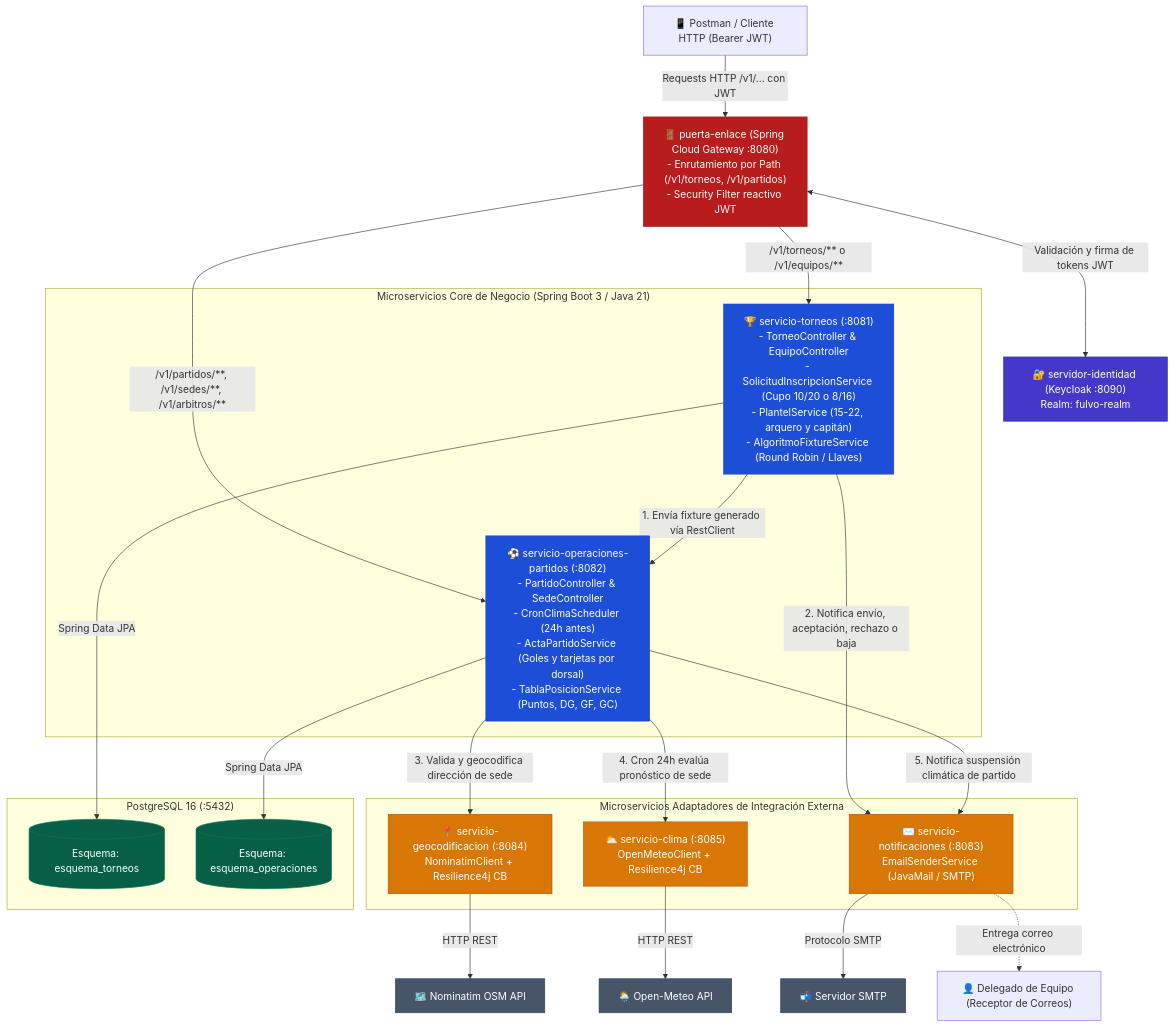
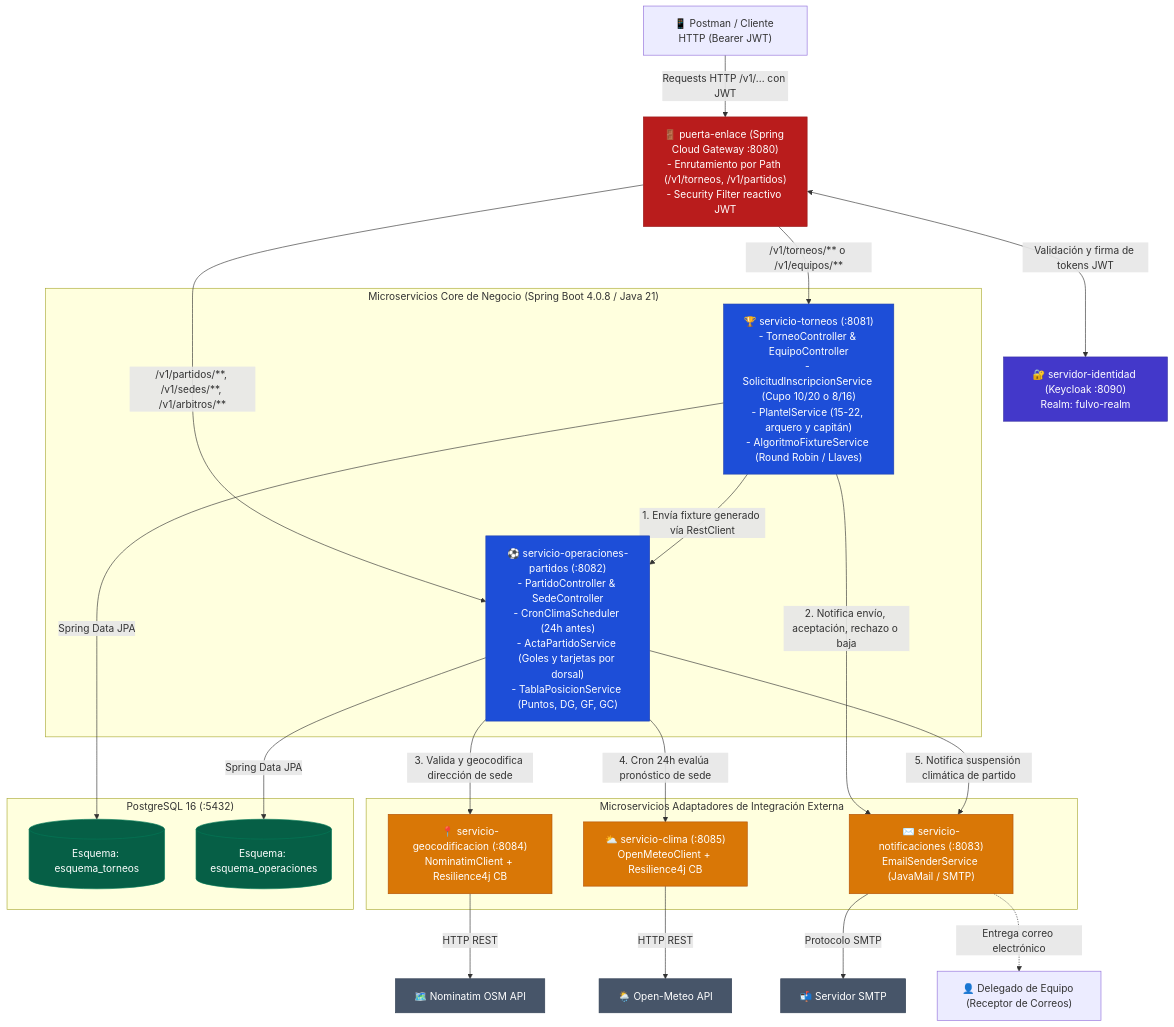
One commit to augustofacu16-rgb/tpi-fulvo changed the second of 3 diagrams in docs/agentes/DISENO_SISTEMA_FULVO.md. Above: the diagram before and after it, drawn with Mermaid. The commit also changed 6 other files, not shown here.

Commit message:
chore: actualizar Spring Boot a 4.0.8, Lombok a 1.18.38 y sincronizar docs/agentes

````diff
--- a/docs/agentes/DISENO_SISTEMA_FULVO.md
+++ b/docs/agentes/DISENO_SISTEMA_FULVO.md
@@ -232,58 +232,58 @@
 ```mermaid
 flowchart TB
     classDef gw fill:#b91c1c,stroke:#991b1b,color:#fff
     classDef core fill:#1d4ed8,stroke:#1e40af,color:#fff
     classDef adapter fill:#d97706,stroke:#b45309,color:#fff
     classDef db fill:#065f46,stroke:#047857,color:#fff
     classDef sec fill:#4338ca,stroke:#3730a3,color:#fff
     classDef ext fill:#475569,stroke:#334155,color:#fff
 
     Cliente["📱 Postman / Cliente HTTP (Bearer JWT)"]
 
     Gateway["🚪 puerta-enlace (Spring Cloud Gateway :8080)<br/>- Enrutamiento por Path (/v1/torneos, /v1/partidos)<br/>- Security Filter reactivo JWT"]:::gw
 
     Keycloak["🔐 servidor-identidad (Keycloak :8090)<br/>Realm: fulvo-realm"]:::sec
 
-    subgraph CoreBusiness [" Microservicios Core de Negocio (Spring Boot 3 / Java 21) "]
+    subgraph CoreBusiness [" Microservicios Core de Negocio (Spring Boot 4.0.8 / Java 21) "]
         MS_Torneos["🏆 servicio-torneos (:8081)<br/>- TorneoController & EquipoController<br/>- SolicitudInscripcionService (Cupo 10/20 o 8/16)<br/>- PlantelService (15-22, arquero y capitán)<br/>- AlgoritmoFixtureService (Round Robin / Llaves)"]:::core
         
         MS_Operaciones["⚽ servicio-operaciones-partidos (:8082)<br/>- PartidoController & SedeController<br/>- CronClimaScheduler (24h antes)<br/>- ActaPartidoService (Goles y tarjetas por dorsal)<br/>- TablaPosicionService (Puntos, DG, GF, GC)"]:::core
     end
 
     subgraph Adaptadores [" Microservicios Adaptadores de Integración Externa "]
         MS_Geo["📍 servicio-geocodificacion (:8084)<br/>NominatimClient + Resilience4j CB"]:::adapter
         MS_Clima["⛅ servicio-clima (:8085)<br/>OpenMeteoClient + Resilience4j CB"]:::adapter
         MS_Mail["✉️ servicio-notificaciones (:8083)<br/>EmailSenderService (JavaMail / SMTP)"]:::adapter
     end
 
     subgraph Persistencia [" PostgreSQL 16 (:5432) "]
         DB_Torneos[(Esquema: esquema_torneos)]:::db
         DB_Operaciones[(Esquema: esquema_operaciones)]:::db
     end
 
     ExtOSM["🗺️ Nominatim OSM API"]:::ext
     ExtMeteo["🌦️ Open-Meteo API"]:::ext
     ExtSMTP["📬 Servidor SMTP"]:::ext
     DelegadoUser["👤 Delegado de Equipo (Receptor de Correos)"]
 
     Cliente -->|Requests HTTP /v1/... con JWT| Gateway
     Gateway <-->|Validación y firma de tokens JWT| Keycloak
 
     Gateway -->|/v1/torneos/** o /v1/equipos/**| MS_Torneos
     Gateway -->|/v1/partidos/**, /v1/sedes/**, /v1/arbitros/**| MS_Operaciones
 
     MS_Torneos -->|1. Envía fixture generado vía RestClient| MS_Operaciones
     MS_Torneos -->|2. Notifica envío, aceptación, rechazo o baja| MS_Mail
 
     MS_Operaciones -->|3. Valida y geocodifica dirección de sede| MS_Geo
     MS_Operaciones -->|4. Cron 24h evalúa pronóstico de sede| MS_Clima
     MS_Operaciones -->|5. Notifica suspensión climática de partido| MS_Mail
 
     MS_Geo -->|HTTP REST| ExtOSM
     MS_Clima -->|HTTP REST| ExtMeteo
     MS_Mail -->|Protocolo SMTP| ExtSMTP
     MS_Mail -.->|Entrega correo electrónico| DelegadoUser
 
     MS_Torneos -->|Spring Data JPA| DB_Torneos
     MS_Operaciones -->|Spring Data JPA| DB_Operaciones
 ```
````
